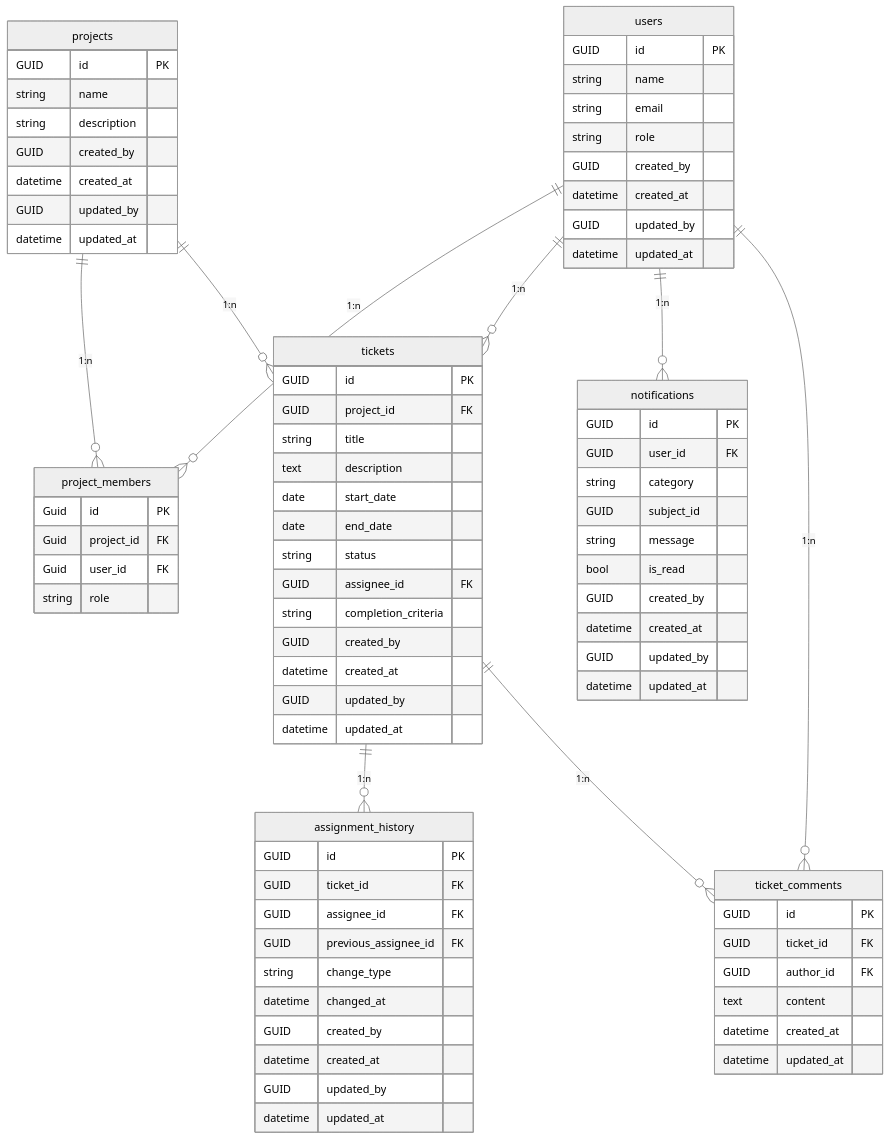
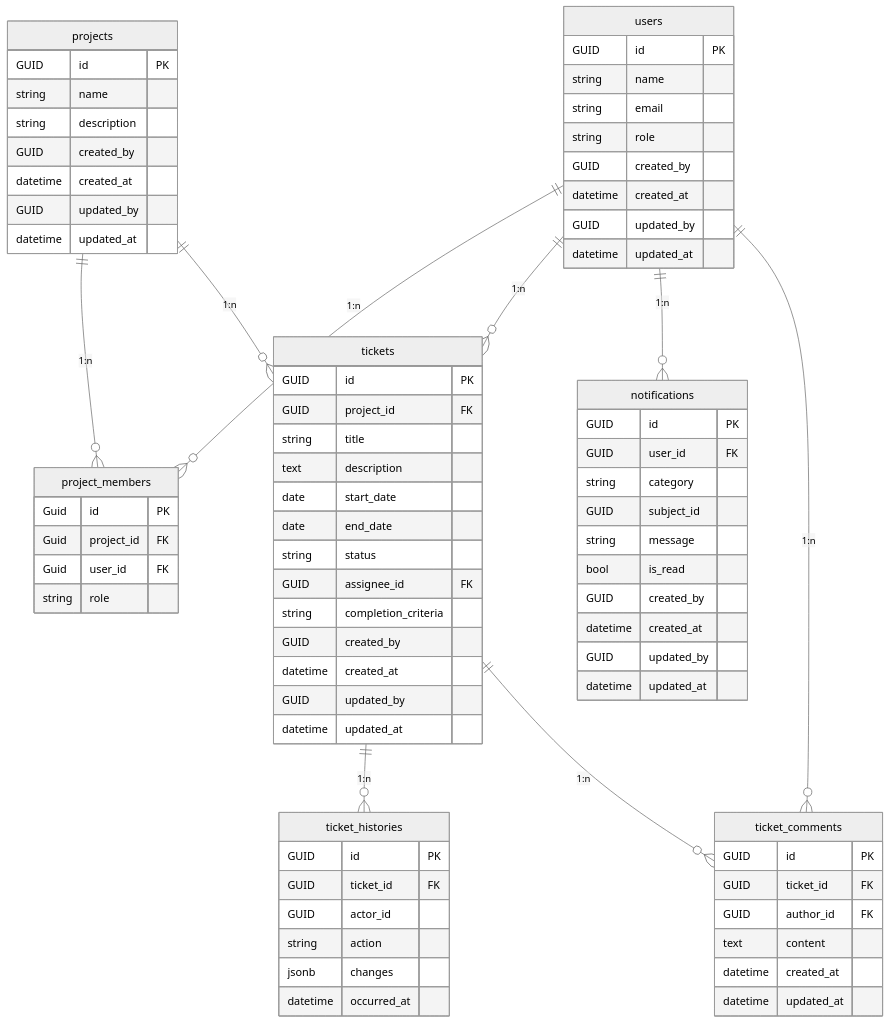
Before and after one commit to kuairen-227/pm-app-docs: the diagram in 02.design/er-diagram.md, drawn with Mermaid (neutral theme). The commit also changed 1 other file, not shown here.

Commit message:
feat: 担当履歴をチケット操作履歴に変更

```diff
--- a/02.design/er-diagram.md
+++ b/02.design/er-diagram.md
@@ -50,17 +50,13 @@
         datetime created_at
         datetime updated_at
     }
-    assignment_history {
+    ticket_histories {
         GUID id PK
         GUID ticket_id FK
-        GUID assignee_id FK
-        GUID previous_assignee_id FK
-        string change_type
-        datetime changed_at
-        GUID created_by
-        datetime created_at
-        GUID updated_by
-        datetime updated_at
+        GUID actor_id
+        string action
+        jsonb changes
+        datetime occurred_at
     }
     notifications {
         GUID id PK
@@ -79,7 +75,7 @@
     projects ||--o{ project_members : "1:n"
     projects ||--o{ tickets : "1:n"
     users ||--o{ tickets : "1:n"
-    tickets ||--o{ assignment_history : "1:n"
+    tickets ||--o{ ticket_histories : "1:n"
     users ||--o{ notifications : "1:n"
     tickets ||--o{ ticket_comments : "1:n"
     users ||--o{ ticket_comments : "1:n"
```
